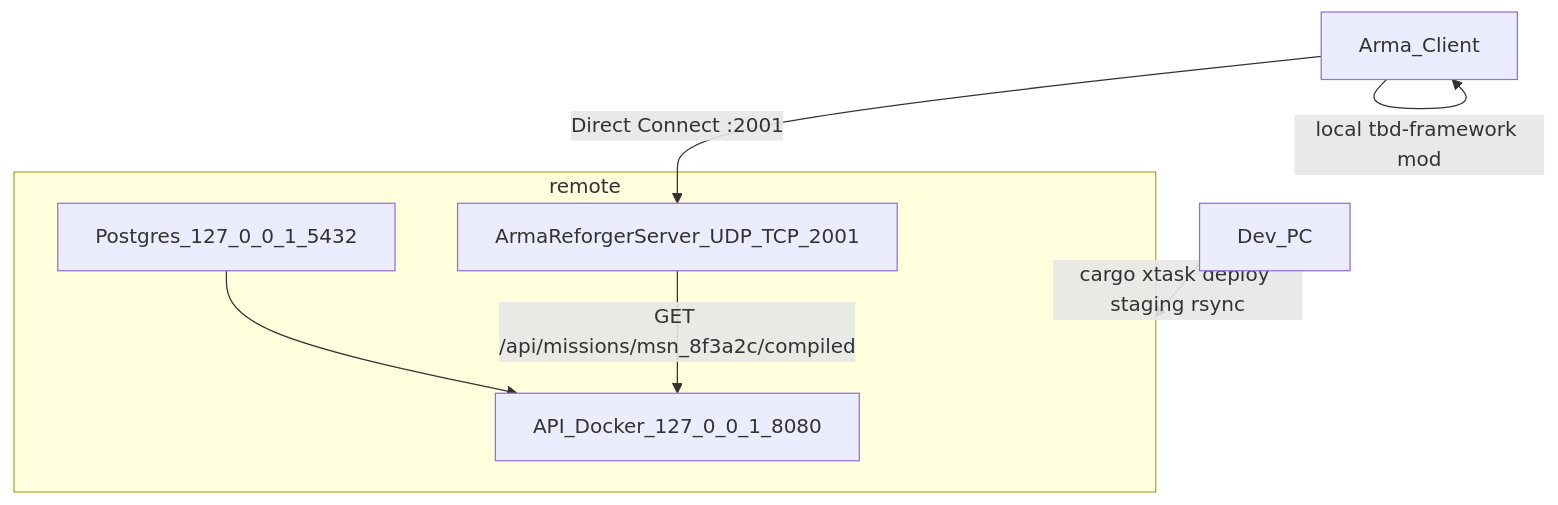
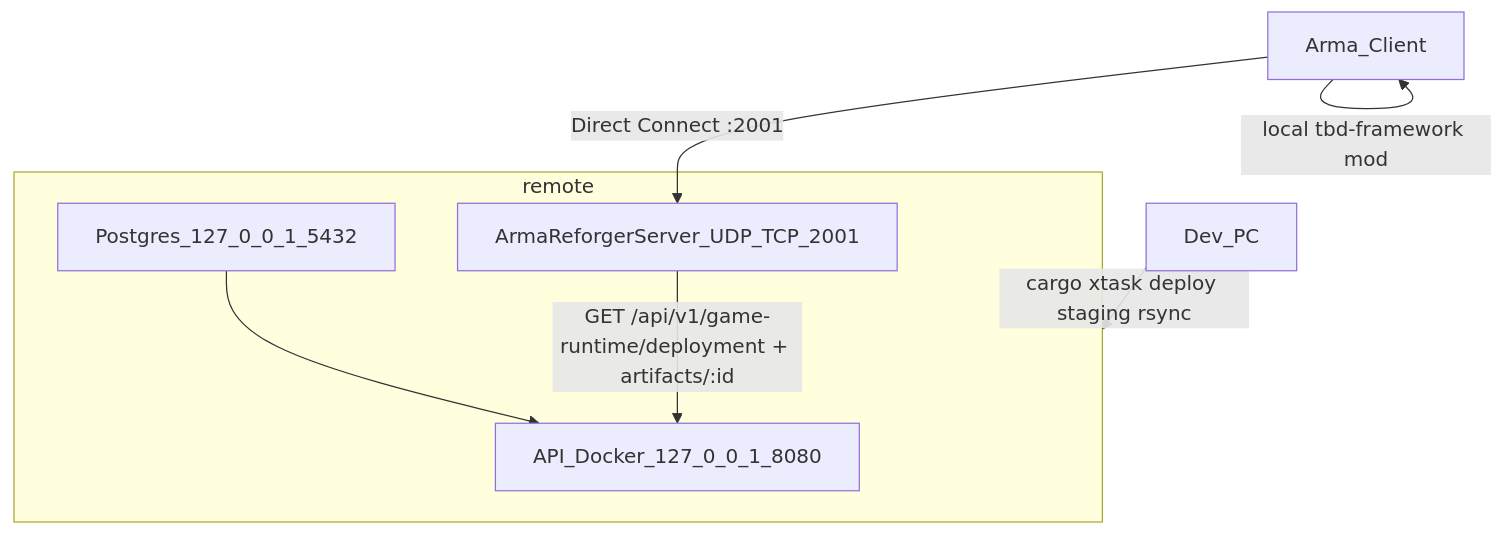
The diagram in docs/mod/STAGING-SERVER.md (darkforce09/TBD-reforger), drawn with Mermaid before and after one commit. The commit also changed other lines of this file and 1250 other files, not shown here.

````diff
--- a/docs/mod/STAGING-SERVER.md
+++ b/docs/mod/STAGING-SERVER.md
@@ -210,17 +210,17 @@
 ```mermaid
 flowchart TB
   devPC[Dev_PC]
   remote[192_168_0_140]
   client[Arma_Client]
 
   devPC -->|"cargo xtask deploy staging rsync"| remote
   subgraph remote
     api[API_Docker_127_0_0_1_8080]
     pg[Postgres_127_0_0_1_5432]
     arma[ArmaReforgerServer_UDP_TCP_2001]
     pg --> api
-    arma -->|"GET /api/missions/msn_8f3a2c/compiled"| api
+    arma -->|"GET /api/v1/game-runtime/deployment + artifacts/:id"| api
   end
   client -->|"local tbd-framework mod"| client
   client -->|"Direct Connect :2001"| arma
 ```
````
